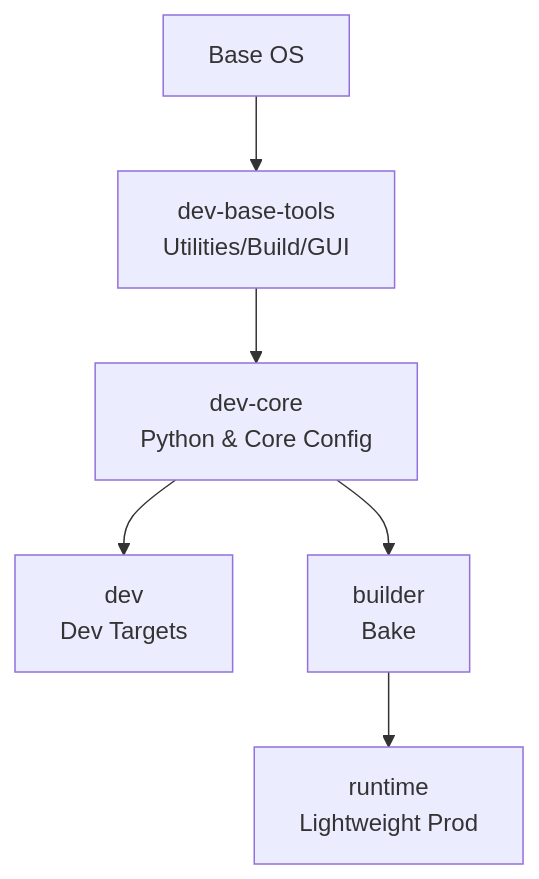
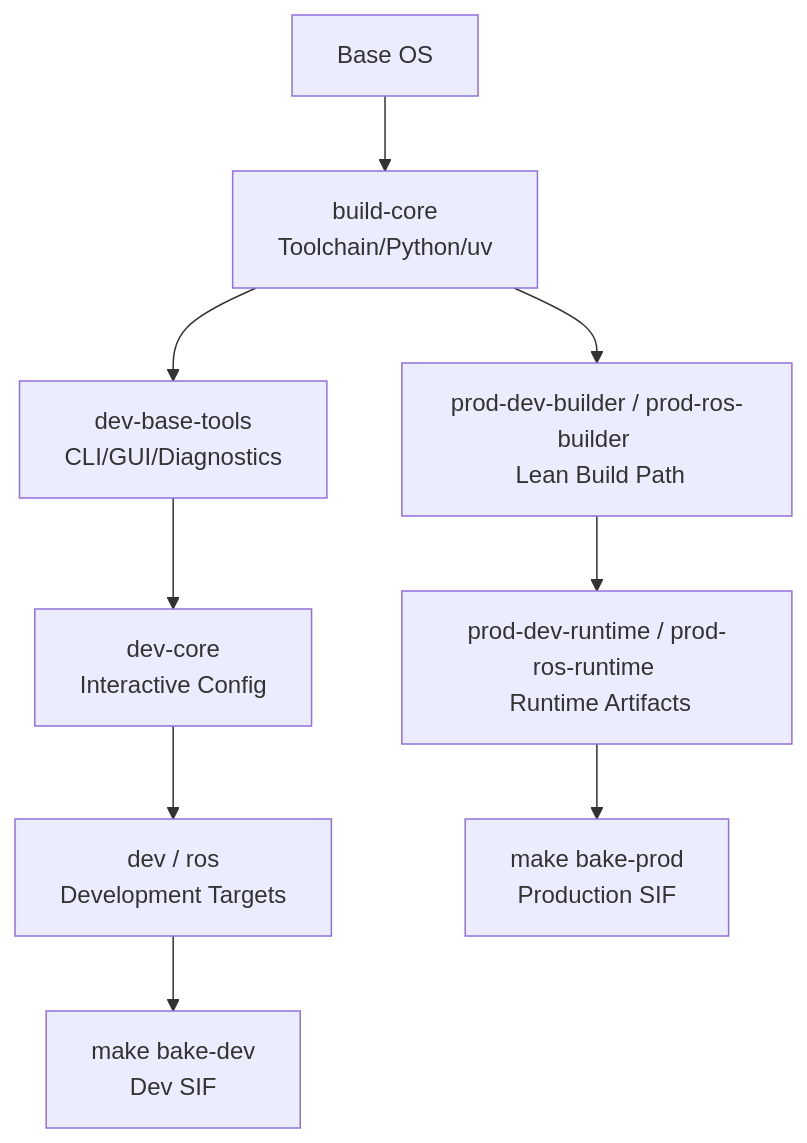
The first of 5 diagrams in README.md (Lee-hwansoo/DevKit), drawn with Mermaid before and after one commit. The commit also changed other lines of this file and 43 other files, not shown here.

First line of the commit message:
refactor: introduce DevKit production orchestration and zero-fork performance optimizations

````diff
--- a/README.md
+++ b/README.md
@@ -144,8 +144,11 @@
 ```mermaid
 graph TD
-    A[Base OS] --> B[dev-base-tools <br/> Utilities/Build/GUI]
-    B --> C[dev-core <br/> Python & Core Config]
-    C --> D[dev <br/> Dev Targets]
-    C --> E[builder <br/> Bake]
-    E --> F[runtime <br/> Lightweight Prod]
+    A[Base OS] --> B[build-core <br/> Toolchain/Python/uv]
+    B --> C[dev-base-tools <br/> CLI/GUI/Diagnostics]
+    C --> D[dev-core <br/> Interactive Config]
+    D --> E[dev / ros <br/> Development Targets]
+    B --> F[prod-dev-builder / prod-ros-builder <br/> Lean Build Path]
+    F --> G[prod-dev-runtime / prod-ros-runtime <br/> Runtime Artifacts]
+    E --> H[make bake-dev <br/> Dev SIF]
+    G --> I[make bake-prod <br/> Production SIF]
 ```
````
